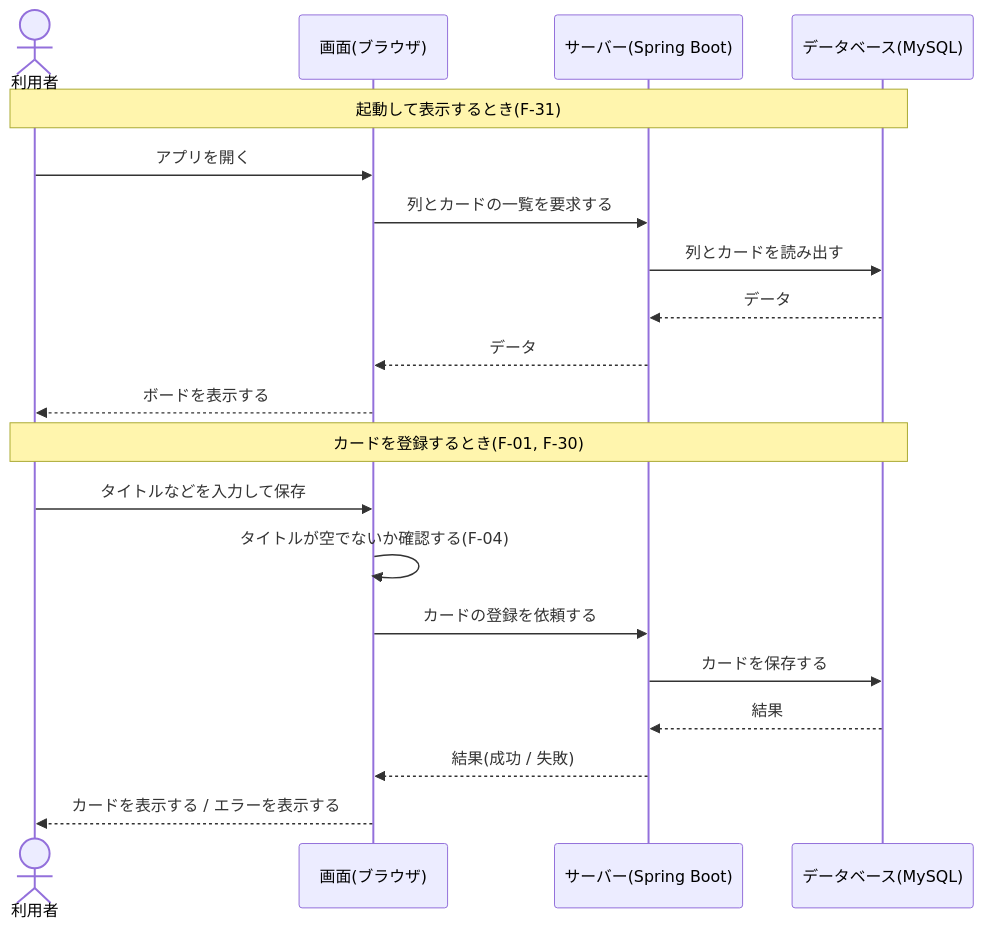
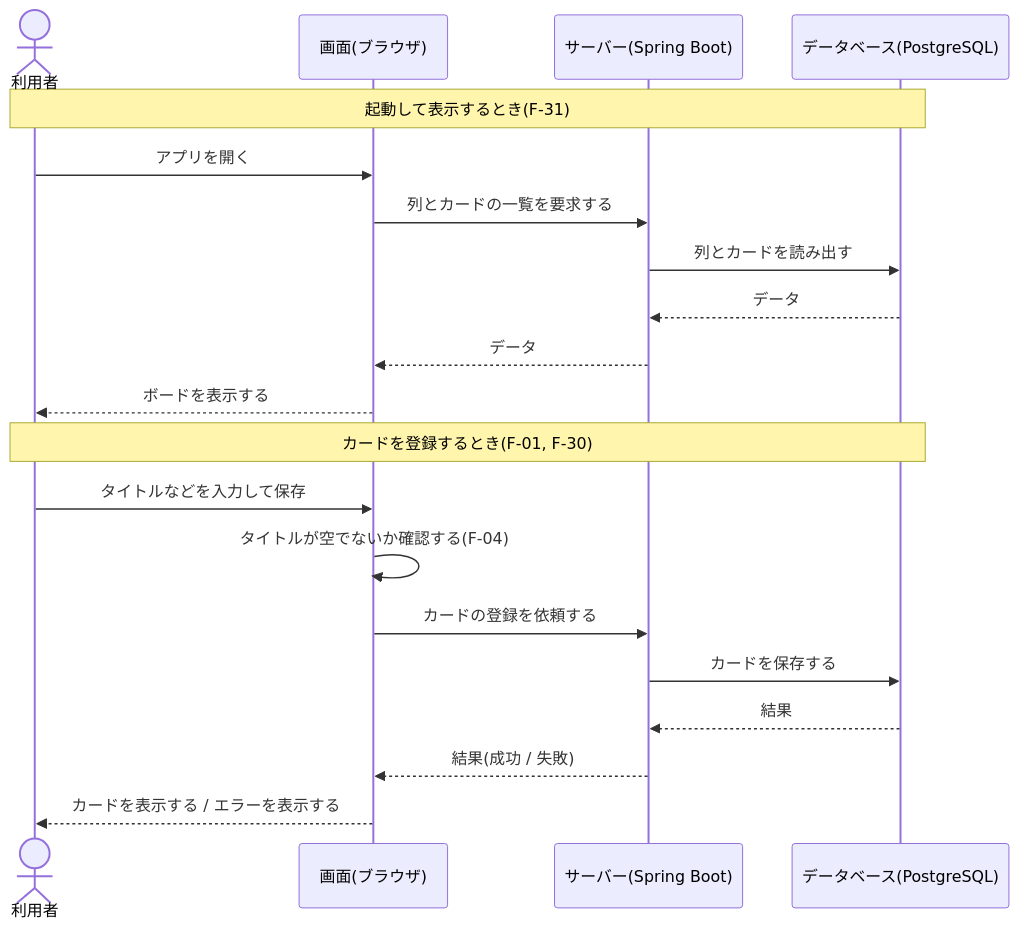
Before and after one commit to hmasu158648/TASKMANAGEMENT: the second of 3 diagrams in docs/requirements/data-concept.md, drawn with Mermaid. The commit also changed other lines of this file and 3 other files, not shown here.

````diff
--- a/docs/requirements/data-concept.md
+++ b/docs/requirements/data-concept.md
@@ -44,24 +44,24 @@
 ```mermaid
 sequenceDiagram
     actor U as 利用者
     participant B as 画面(ブラウザ)
     participant S as サーバー(Spring Boot)
-    participant D as データベース(MySQL)
+    participant D as データベース(PostgreSQL)
 
     Note over U,D: 起動して表示するとき(F-31)
     U->>B: アプリを開く
     B->>S: 列とカードの一覧を要求する
     S->>D: 列とカードを読み出す
     D-->>S: データ
     S-->>B: データ
     B-->>U: ボードを表示する
 
     Note over U,D: カードを登録するとき(F-01, F-30)
     U->>B: タイトルなどを入力して保存
     B->>B: タイトルが空でないか確認する(F-04)
     B->>S: カードの登録を依頼する
     S->>D: カードを保存する
     D-->>S: 結果
     S-->>B: 結果(成功 / 失敗)
     B-->>U: カードを表示する / エラーを表示する
 ```
````
